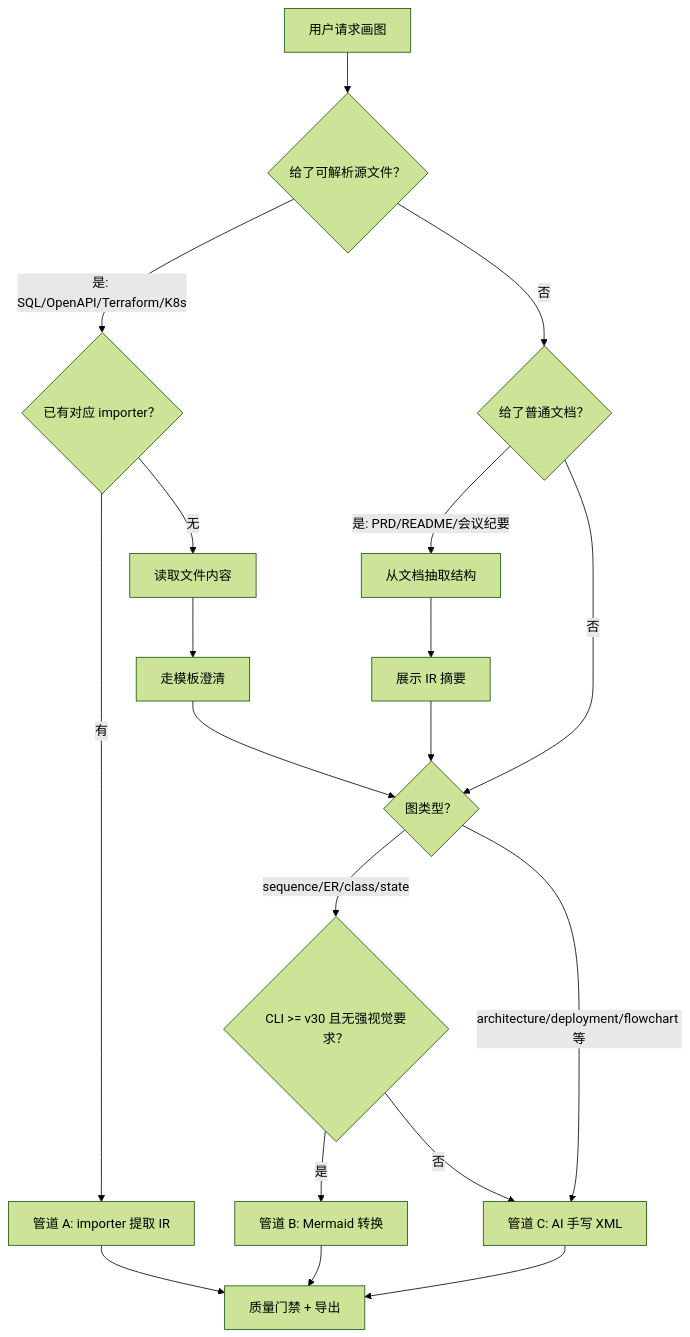
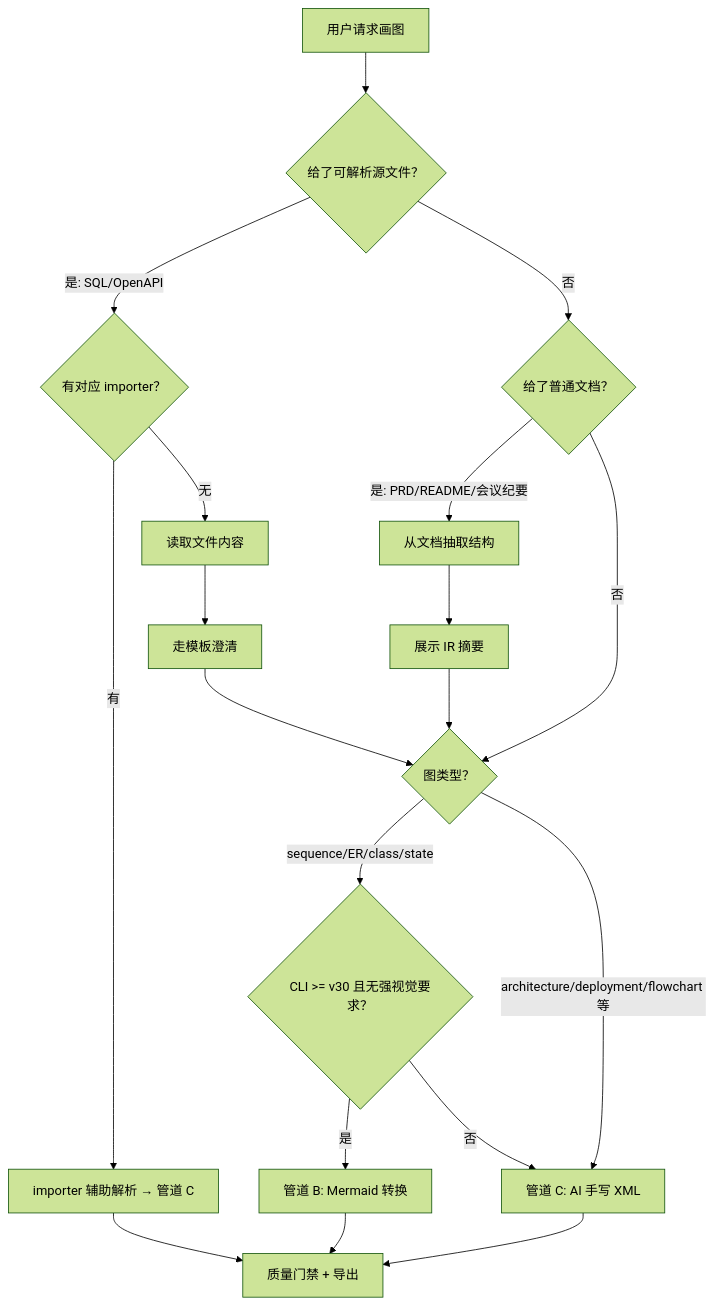
Before and after one commit to SuRisheng/xiaosu-draw-ai: the third of 4 diagrams in doc/DESIGN.md, drawn with Mermaid (forest theme). The commit also changed other lines of this file and 4 other files, not shown here.

````diff
--- a/doc/DESIGN.md
+++ b/doc/DESIGN.md
@@ -88,21 +88,21 @@
 ```mermaid
 flowchart TD
     A[用户请求画图] --> B{给了可解析源文件？}
-    B -->|是: SQL/OpenAPI/Terraform/K8s| C{已有对应 importer？}
-    C -->|有| D[管道 A: importer 提取 IR]
+    B -->|是: SQL/OpenAPI| C{有对应 importer？}
+    C -->|有| D[importer 辅助解析 → 管道 C]
     C -->|无| E[读取文件内容]
     E --> F[走模板澄清]
     F --> G{图类型？}
     B -->|否| H{给了普通文档？}
     H -->|是: PRD/README/会议纪要| I[从文档抽取结构]
     I --> J[展示 IR 摘要]
     J --> G
     H -->|否| G
     G -->|sequence/ER/class/state| K{CLI >= v30 且无强视觉要求？}
     K -->|是| L[管道 B: Mermaid 转换]
     K -->|否| M[管道 C: AI 手写 XML]
     G -->|architecture/deployment/flowchart 等| M
     D --> N[质量门禁 + 导出]
     L --> N
     M --> N
 ```
````
